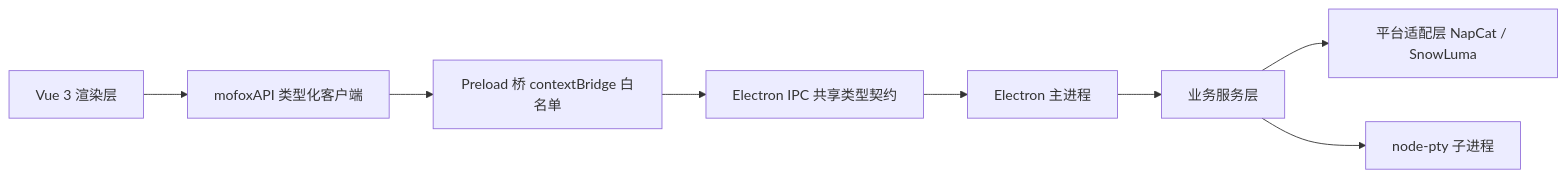
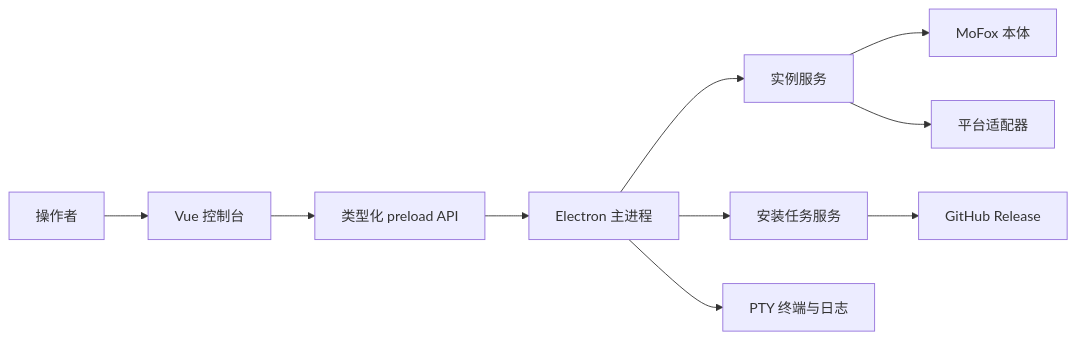
The diagram in README.md (MoFox-Studio/Neo-MoFox-Launcher-Next), drawn with Mermaid before and after one commit. The commit also changed other lines of this file and 2 other files, not shown here.

Commit message:
重新设计项目文档与宣传图示

````diff
--- a/README.md
+++ b/README.md
@@ -105,10 +68,12 @@
 ```mermaid
 flowchart LR
-    Renderer[Vue 3 渲染层] --> Api[mofoxAPI 类型化客户端]
-    Api --> Preload[Preload 桥 contextBridge 白名单]
-    Preload --> IPC[Electron IPC 共享类型契约]
-    IPC --> Main[Electron 主进程]
-    Main --> Services[业务服务层]
-    Services --> Platform[平台适配层 NapCat / SnowLuma]
-    Services --> PTY[node-pty 子进程]
+    User[操作者] --> UI[Vue 控制台]
+    UI --> Bridge[类型化 preload API]
+    Bridge --> Main[Electron 主进程]
+    Main --> Instance[实例服务]
+    Instance --> MoFox[MoFox 本体]
+    Instance --> Adapter[平台适配器]
+    Main --> Task[安装任务服务]
+    Task --> Release[GitHub Release]
+    Main --> PTY[PTY 终端与日志]
 ```
````
